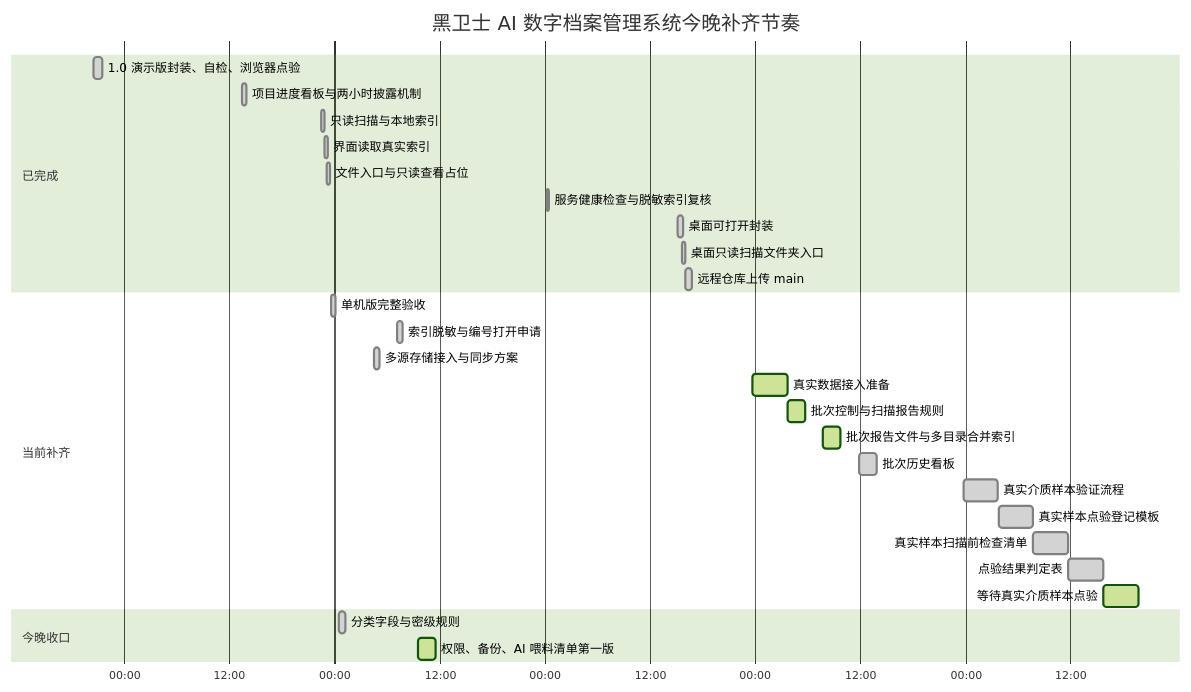
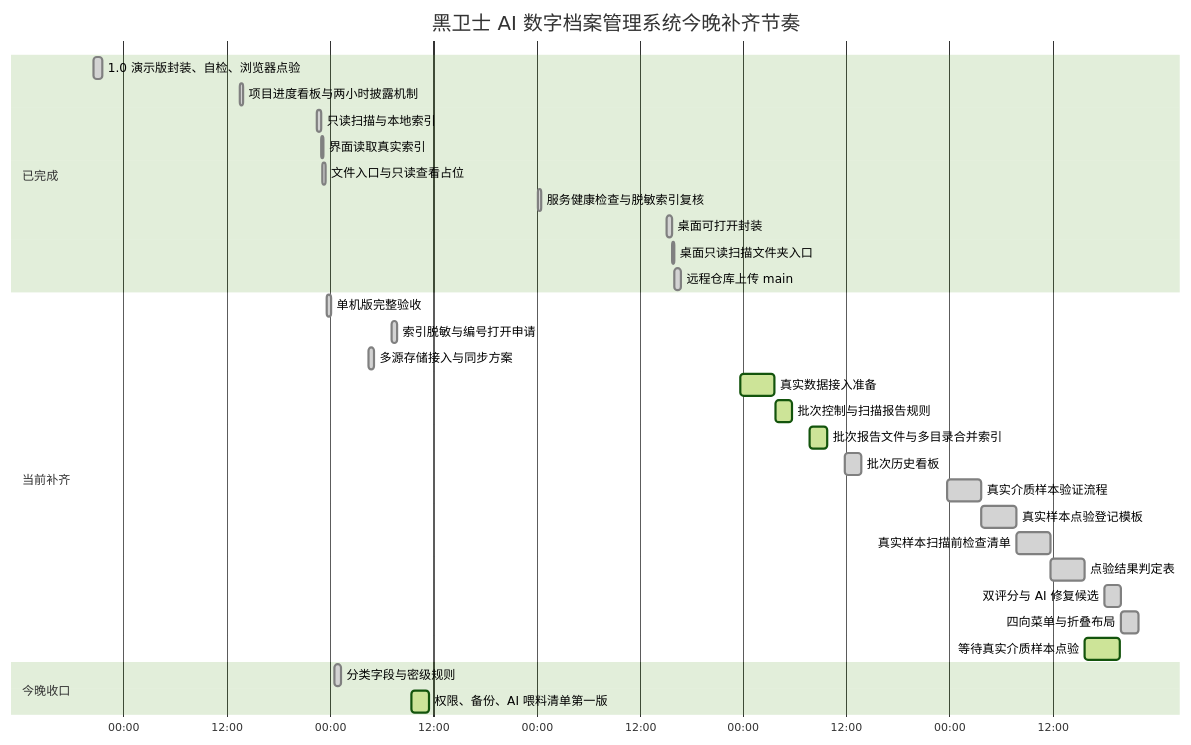
Before and after one commit to okalexhohongkong/Alex-Code-Repository: the diagram in 项目进度看板.md, drawn with Mermaid (forest theme). The commit also changed other lines of this file and 8 other files, not shown here.

````diff
--- a/项目进度看板.md
+++ b/项目进度看板.md
@@ -9,35 +9,37 @@
 ```mermaid
 gantt
   title 黑卫士 AI 数字档案管理系统今晚补齐节奏
   dateFormat  YYYY-MM-DD HH:mm
   axisFormat  %H:%M
 
   section 已完成
   1.0 演示版封装、自检、浏览器点验        :done, demo-1, 2026-06-21 20:30, 1h
   项目进度看板与两小时披露机制             :done, demo-2, 2026-06-22 13:30, 25m
   只读扫描与本地索引                      :done, local-2, 2026-06-22 22:30, 25m
   界面读取真实索引                        :done, local-3, 2026-06-22 22:55, 20m
   文件入口与只读查看占位                   :done, local-4, 2026-06-22 23:05, 25m
   服务健康检查与脱敏索引复核                :done, local-health, 2026-06-24 00:10, 20m
   桌面可打开封装                           :done, desktop-1, 2026-06-24 15:10, 35m
   桌面只读扫描文件夹入口                    :done, desktop-2, 2026-06-24 15:43, 20m
   远程仓库上传 main                         :done, remote-1, 2026-06-24 16:00, 45m
 
   section 当前补齐
   单机版完整验收                          :done, local-5, 2026-06-22 23:35, 35m
   索引脱敏与编号打开申请                   :done, local-6, 2026-06-23 07:10, 35m
   多源存储接入与同步方案                   :done, storage-1, 2026-06-23 04:30, 35m
   真实数据接入准备                         :active, intake-1, 2026-06-24 23:42, 4h
   批次控制与扫描报告规则                   :active, intake-2, 2026-06-25 03:44, 2h
   批次报告文件与多目录合并索引              :active, intake-3, 2026-06-25 07:47, 2h
   批次历史看板                            :done, intake-4, 2026-06-25 11:50, 2h
   真实介质样本验证流程                    :done, intake-5, 2026-06-25 23:45, 4h
   真实样本点验登记模板                    :done, intake-6, 2026-06-26 03:46, 4h
   真实样本扫描前检查清单                  :done, intake-7, 2026-06-26 07:46, 4h
   点验结果判定表                          :done, intake-8, 2026-06-26 11:46, 4h
+  双评分与 AI 修复候选                    :done, ui-score-1, 2026-06-26 18:00, 2h
+  四向菜单与折叠布局                      :done, ui-menu-1, 2026-06-26 20:00, 2h
   等待真实介质样本点验                    :active, intake-9, 2026-06-26 15:46, 4h
 
   section 今晚收口
   分类字段与密级规则                       :done, class-1, 2026-06-23 00:30, 45m
   权限、备份、AI 喂料清单第一版             :active, class-2, 2026-06-23 09:30, 2h
 ```
````
